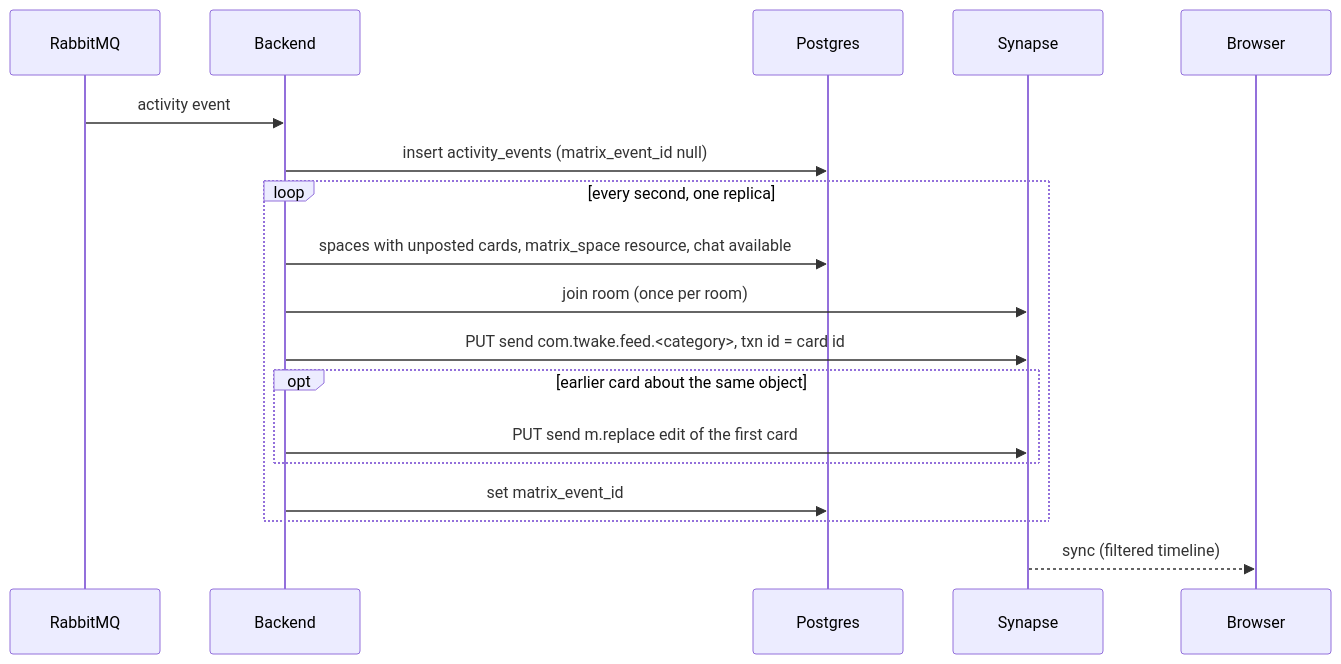
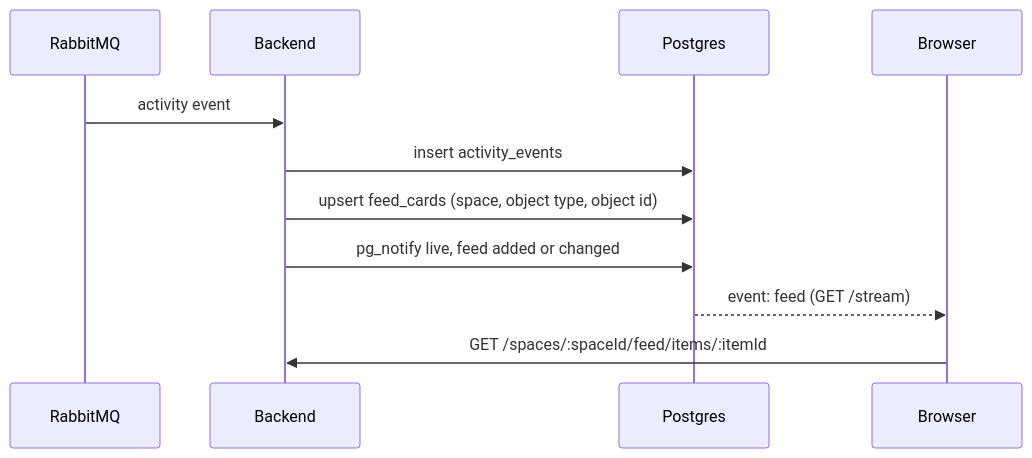
The second of 5 diagrams in docs/events.md (linagora/twake-space), drawn with Mermaid before and after one commit. The commit also changed other lines of this file and 5 other files, not shown here.

Commit message:
docs(backend): describe the feed api, and drop the matrix card gauges

````diff
--- a/docs/events.md
+++ b/docs/events.md
@@ -188,20 +188,13 @@
 ```mermaid
 sequenceDiagram
   participant K as RabbitMQ
   participant BE as Backend
   participant PG as Postgres
-  participant S as Synapse
   participant FE as Browser
   K->>BE: activity event
-  BE->>PG: insert activity_events (matrix_event_id null)
-  loop every second, one replica
-    BE->>PG: spaces with unposted cards, matrix_space resource, chat available
-    BE->>S: join room (once per room)
-    BE->>S: PUT send com.twake.feed.<category>, txn id = card id
-    opt earlier card about the same object
-      BE->>S: PUT send m.replace edit of the first card
-    end
-    BE->>PG: set matrix_event_id
-  end
-  S-->>FE: sync (filtered timeline)
+  BE->>PG: insert activity_events
+  BE->>PG: upsert feed_cards (space, object type, object id)
+  BE->>PG: pg_notify live, feed added or changed
+  PG-->>FE: event: feed (GET /stream)
+  FE->>BE: GET /spaces/:spaceId/feed/items/:itemId
 ```
````
